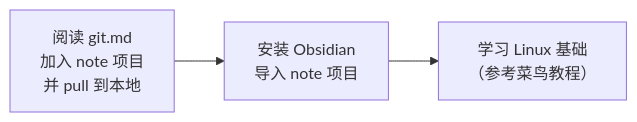
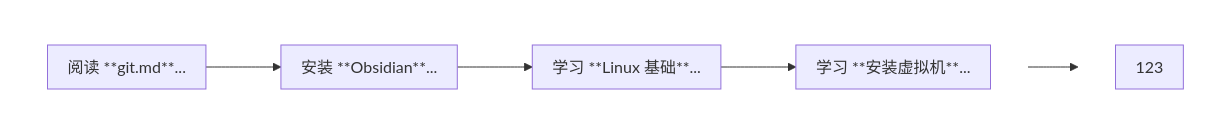
The first of 2 diagrams in linux_note/README_linux.md (ICrazybabyI/note), drawn with Mermaid before and after one commit.

Commit message:
vault backup: 2026-06-17 08:26:06

````diff
--- a/linux_note/README_linux.md
+++ b/linux_note/README_linux.md
@@ -11,11 +11,28 @@
 ```mermaid
-%%{init: {"flowchart": {"curve": "elbow"}} }%%
+%%{init: {'flowchart': {'padding': 10}, 'theme': 'default'}}%%
 graph LR
-    A["阅读 git.md<br/>加入 note 项目<br/>并 pull 到本地"]
-    B["安装 Obsidian<br/>导入 note 项目"]
-    C["学习 Linux 基础<br/>（参考菜鸟教程）"]
-    
-    A --> B --> C 
+    subgraph Row1 [ ]
+        direction LR
+        A["阅读 **git.md**..."]
+        B["安装 **Obsidian**..."]
+        C["学习 **Linux 基础**..."]
+        D["学习 **安装虚拟机**..."]
+    end
 
-	click A href "http://192.168.31.245:8989/wlyw/linux_video/-/raw/main/git%E4%BD%BF%E7%94%A8.mp4?ref_type=heads" "在新标签中打开" _blank
+    subgraph Row2 [ ]
+        direction LR
+        E["123"]
+    end
+
+    A --> B --> C --> D
+    D --> E
+
+    %% 隐藏子图边框和标题
+    style Row1 fill:none,stroke:none;
+    style Row2 fill:none,stroke:none;
+
+click A href "http://192.168.31.245:8989/wlyw/note/-/blob/main/linux_note/git.md" _blank
+click C href "http://192.168.31.245:8083/" _blank
+
+
 ```
````
